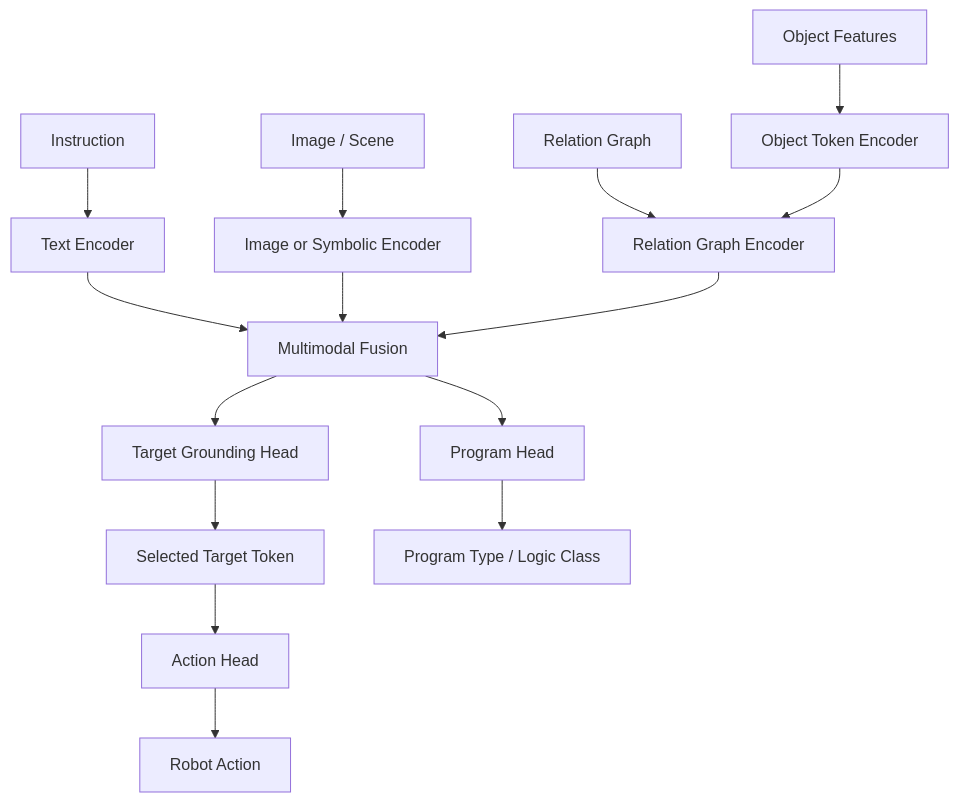
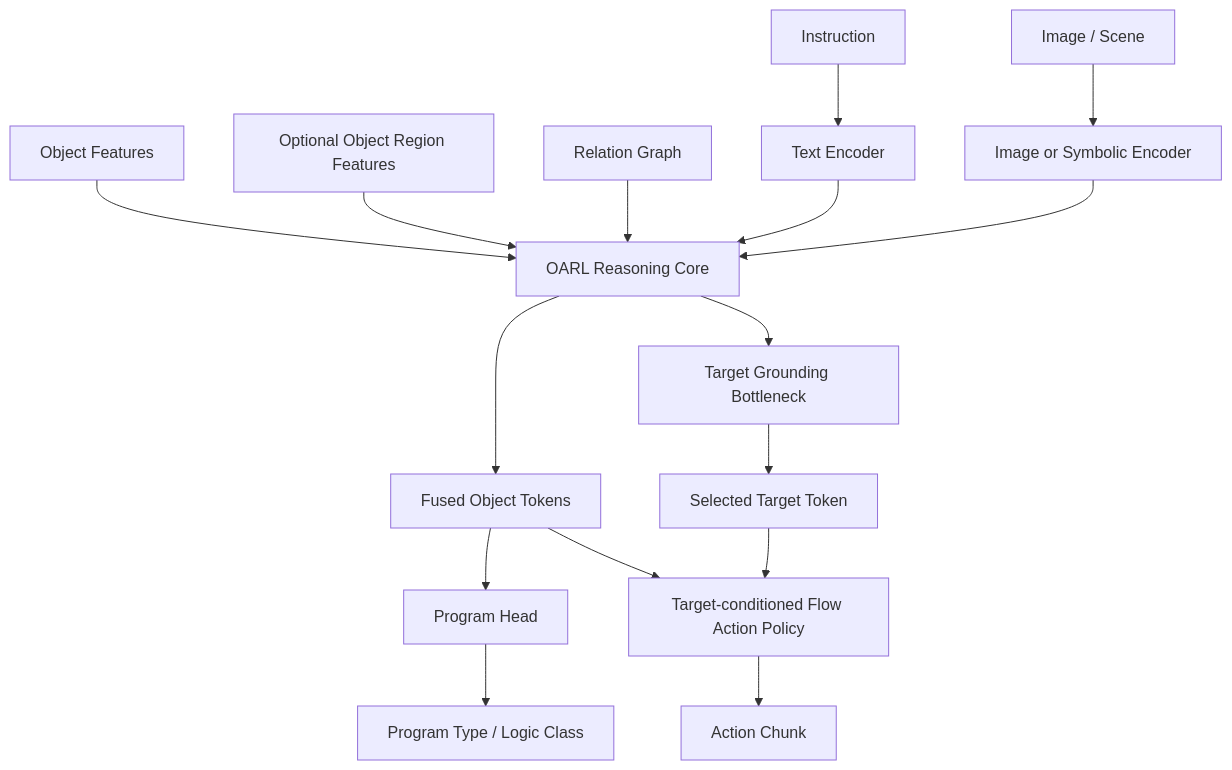
Before and after one commit to eee336/object-attribute-relation-logic-vl: the second of 2 diagrams in README.md, drawn with Mermaid. The commit also changed other lines of this file and 21 other files, not shown here.

````diff
--- a/README.md
+++ b/README.md
@@ -261,17 +262,18 @@
 ```mermaid
 flowchart TD
     A[Instruction] --> B[Text Encoder]
     C[Image / Scene] --> D[Image or Symbolic Encoder]
-    E[Object Features] --> F[Object Token Encoder]
-    G[Relation Graph] --> H[Relation Graph Encoder]
-    B --> I[Multimodal Fusion]
-    D --> I
-    F --> H
-    H --> I
-    I --> J[Target Grounding Head]
+    E[Object Features] --> CORE[OARL Reasoning Core]
+    R[Optional Object Region Features] --> CORE
+    G[Relation Graph] --> CORE
+    B --> CORE
+    D --> CORE
+    CORE --> I[Fused Object Tokens]
+    CORE --> J[Target Grounding Bottleneck]
     I --> K[Program Head]
     J --> L[Selected Target Token]
-    L --> M[Action Head]
+    I --> M[Target-conditioned Flow Action Policy]
+    L --> M
     K --> N[Program Type / Logic Class]
-    M --> O[Robot Action]
+    M --> O[Action Chunk]
 ```
````
